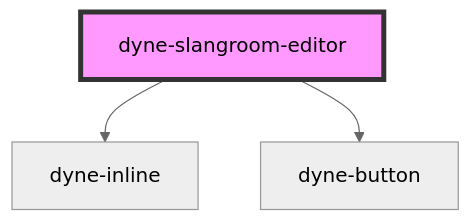
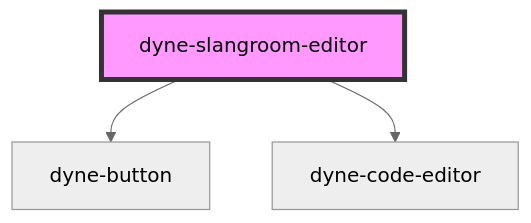
Before and after one commit to dyne/components: the diagram in src/components/dyne-slangroom-editor/readme.md, drawn with Mermaid (neutral theme). The commit also changed other lines of this file and 33 other files, not shown here.

First line of the commit message:
feat: add slangroom editor (#4)

````diff
--- a/src/components/dyne-slangroom-editor/readme.md
+++ b/src/components/dyne-slangroom-editor/readme.md
@@ -43,6 +38,6 @@
 ```mermaid
 graph TD;
-  dyne-slangroom-editor --> dyne-inline
   dyne-slangroom-editor --> dyne-button
+  dyne-slangroom-editor --> dyne-code-editor
   style dyne-slangroom-editor fill:#f9f,stroke:#333,stroke-width:4px
 ```
````
